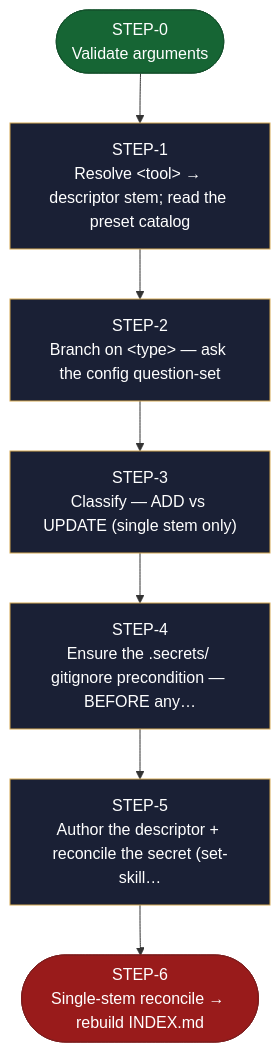
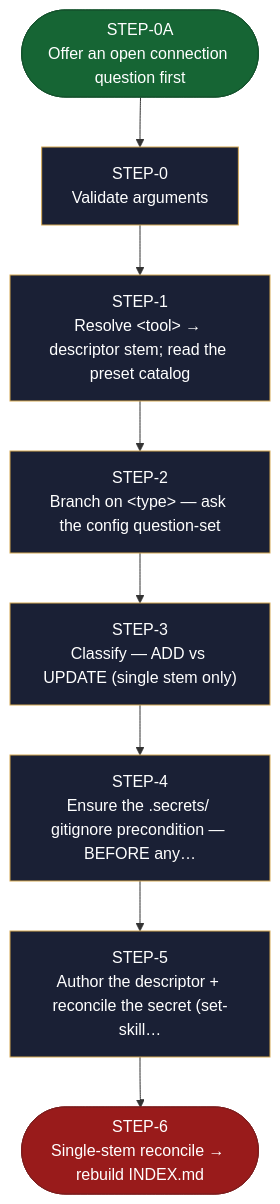
Before and after one commit to AndreVianna/aid-methodology: the diagram in site/src/content/docs/skills/aid-set-connector.md, drawn with Mermaid. The commit also changed other lines of this file and 87 other files, not shown here.

````diff
--- a/site/src/content/docs/skills/aid-set-connector.md
+++ b/site/src/content/docs/skills/aid-set-connector.md
@@ -22,36 +22,40 @@
 ```mermaid
 flowchart TB
   classDef aidNode color:#fff
   classDef aidEntry fill:#166534,stroke:#14532d,color:#fff
   classDef aidExit fill:#991b1b,stroke:#7f1d1d,color:#fff
   classDef aidDecision fill:#92400e,stroke:#78350f,color:#fff
   classDef aidLoopBack fill:#1e3a8a,stroke:#1e3a8a,color:#fff
   classDef aidStep fill:#1a2035,stroke:#d4a853,color:#f1f5f9
-  n1(["STEP-0<br/>Validate arguments"])
-  n2["STEP-1<br/>Resolve &lt;tool&gt; → descriptor stem; read the preset catalog"]
-  n3["STEP-2<br/>Branch on &lt;type&gt; — ask the config question-set"]
-  n4["STEP-3<br/>Classify — ADD vs UPDATE (single stem only)"]
-  n5["STEP-4<br/>Ensure the .secrets/ gitignore precondition — BEFORE any…"]
-  n6["STEP-5<br/>Author the descriptor + reconcile the secret (set-skill…"]
-  n7(["STEP-6<br/>Single-stem reconcile → rebuild INDEX.md"])
+  n1(["STEP-0A<br/>Offer an open connection question first"])
+  n2["STEP-0<br/>Validate arguments"]
+  n3["STEP-1<br/>Resolve &lt;tool&gt; → descriptor stem; read the preset catalog"]
+  n4["STEP-2<br/>Branch on &lt;type&gt; — ask the config question-set"]
+  n5["STEP-3<br/>Classify — ADD vs UPDATE (single stem only)"]
+  n6["STEP-4<br/>Ensure the .secrets/ gitignore precondition — BEFORE any…"]
+  n7["STEP-5<br/>Author the descriptor + reconcile the secret (set-skill…"]
+  n8(["STEP-6<br/>Single-stem reconcile → rebuild INDEX.md"])
   n1 --> n2
   n2 --> n3
   n3 --> n4
   n4 --> n5
   n5 --> n6
   n6 --> n7
+  n7 --> n8
   class n1 aidEntry
   class n2 aidStep
   class n3 aidStep
   class n4 aidStep
   class n5 aidStep
   class n6 aidStep
-  class n7 aidExit
+  class n7 aidStep
+  class n8 aidExit
   class n1 aidNode
   class n2 aidNode
   class n3 aidNode
   class n4 aidNode
   class n5 aidNode
   class n6 aidNode
   class n7 aidNode
+  class n8 aidNode
 ```
````
